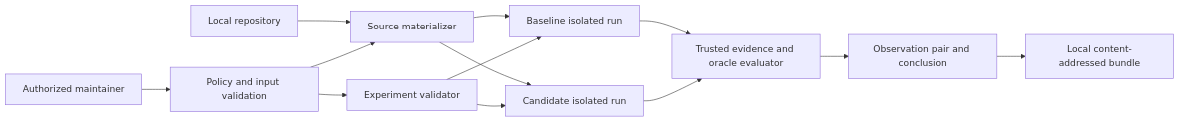
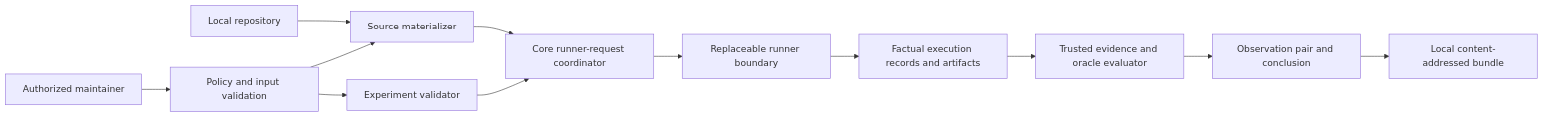
Before and after one commit to gabedalmolin/abaris-security: the diagram in docs/architecture.md, drawn with Mermaid. The commit also changed other lines of this file and 6 other files, not shown here.

Commit message:
docs: define runner boundary

````diff
--- a/docs/architecture.md
+++ b/docs/architecture.md
@@ -42,15 +42,14 @@
 ```mermaid
 flowchart LR
   O["Authorized maintainer"] --> P["Policy and input validation"]
   L["Local repository"] --> S["Source materializer"]
   P --> S
   P --> X["Experiment validator"]
-  S --> B["Baseline isolated run"]
-  S --> C["Candidate isolated run"]
-  X --> B
-  X --> C
-  B --> E["Trusted evidence and oracle evaluator"]
-  C --> E
-  E --> R["Observation pair and conclusion"]
+  S --> Q["Core runner-request coordinator"]
+  X --> Q
+  Q --> U["Replaceable runner boundary"]
+  U --> E["Factual execution records and artifacts"]
+  E --> T["Trusted evidence and oracle evaluator"]
+  T --> R["Observation pair and conclusion"]
   R --> A["Local content-addressed bundle"]
 ```
````
